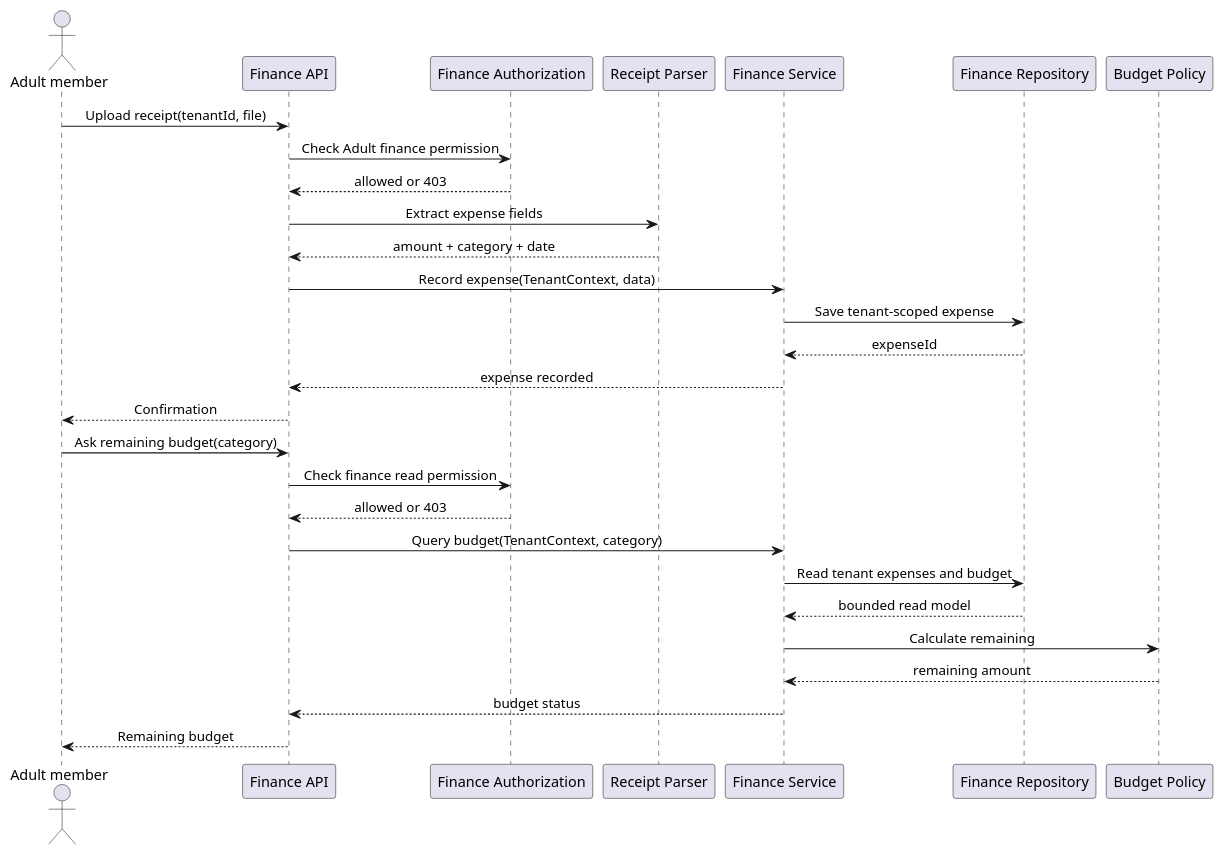
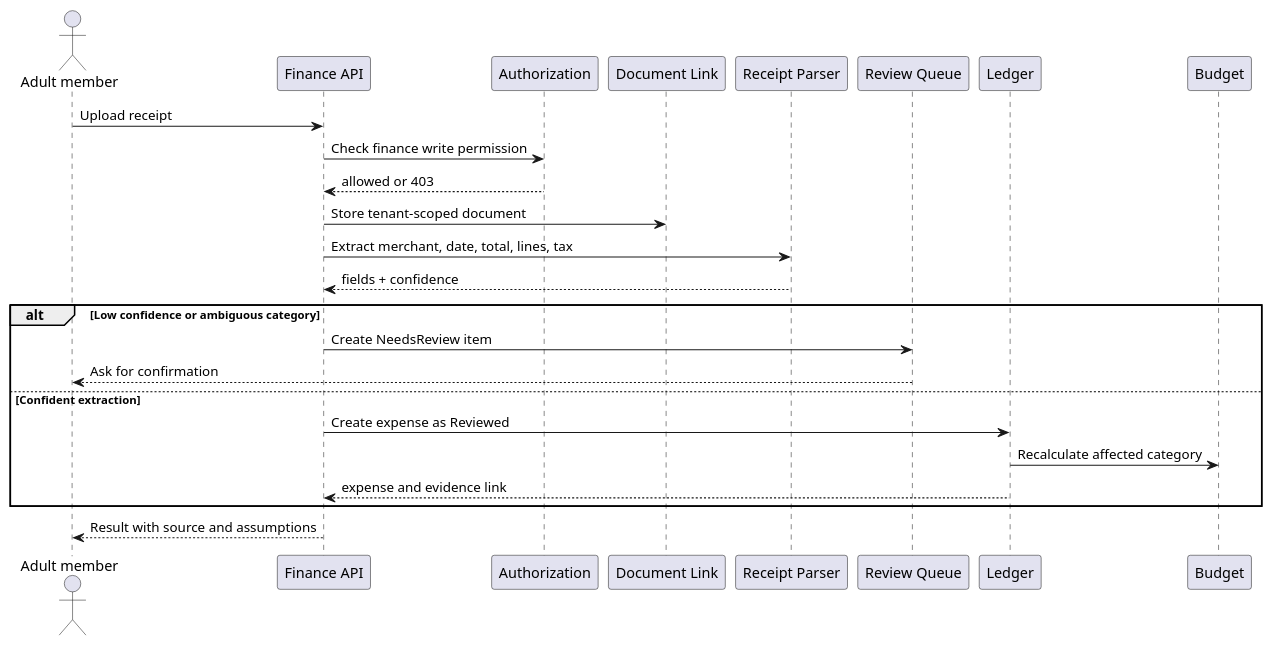
Before and after one commit to 21f2000372/ai-home-manager: the third of 4 diagrams in docs/design/components/04_finance_budget.md, drawn with PlantUML. The commit also changed other lines of this file, not shown here.

Commit message:
docs: expand finance module design

````diff
--- a/docs/design/components/04_finance_budget.md
+++ b/docs/design/components/04_finance_budget.md
@@ -131,36 +226,28 @@
 ```plantuml
 @startuml
-skinparam shadowing false
-skinparam sequenceMessageAlign center
-
 actor "Adult member" as User
 participant "Finance API" as Api
-participant "Finance Authorization" as Authorization
+participant "Authorization" as Auth
+participant "Document Link" as Docs
 participant "Receipt Parser" as Parser
-participant "Finance Service" as Finance
-participant "Finance Repository" as Repository
-participant "Budget Policy" as Budget
+participant "Review Queue" as Review
+participant "Ledger" as Ledger
+participant "Budget" as Budget
 
-User -> Api: Upload receipt(tenantId, file)
-Api -> Authorization: Check Adult finance permission
-Authorization --> Api: allowed or 403
-Api -> Parser: Extract expense fields
-Parser --> Api: amount + category + date
-Api -> Finance: Record expense(TenantContext, data)
-Finance -> Repository: Save tenant-scoped expense
-Repository --> Finance: expenseId
-Finance --> Api: expense recorded
-Api --> User: Confirmation
-
-User -> Api: Ask remaining budget(category)
-Api -> Authorization: Check finance read permission
-Authorization --> Api: allowed or 403
-Api -> Finance: Query budget(TenantContext, category)
-Finance -> Repository: Read tenant expenses and budget
-Repository --> Finance: bounded read model
-Finance -> Budget: Calculate remaining
-Budget --> Finance: remaining amount
-Finance --> Api: budget status
-Api --> User: Remaining budget
+User -> Api: Upload receipt
+Api -> Auth: Check finance write permission
+Auth --> Api: allowed or 403
+Api -> Docs: Store tenant-scoped document
+Api -> Parser: Extract merchant, date, total, lines, tax
+Parser --> Api: fields + confidence
+alt Low confidence or ambiguous category
+  Api -> Review: Create NeedsReview item
+  Review --> User: Ask for confirmation
+else Confident extraction
+  Api -> Ledger: Create expense as Reviewed
+  Ledger -> Budget: Recalculate affected category
+  Ledger --> Api: expense and evidence link
+end
+Api --> User: Result with source and assumptions
 @enduml
 ```
````
